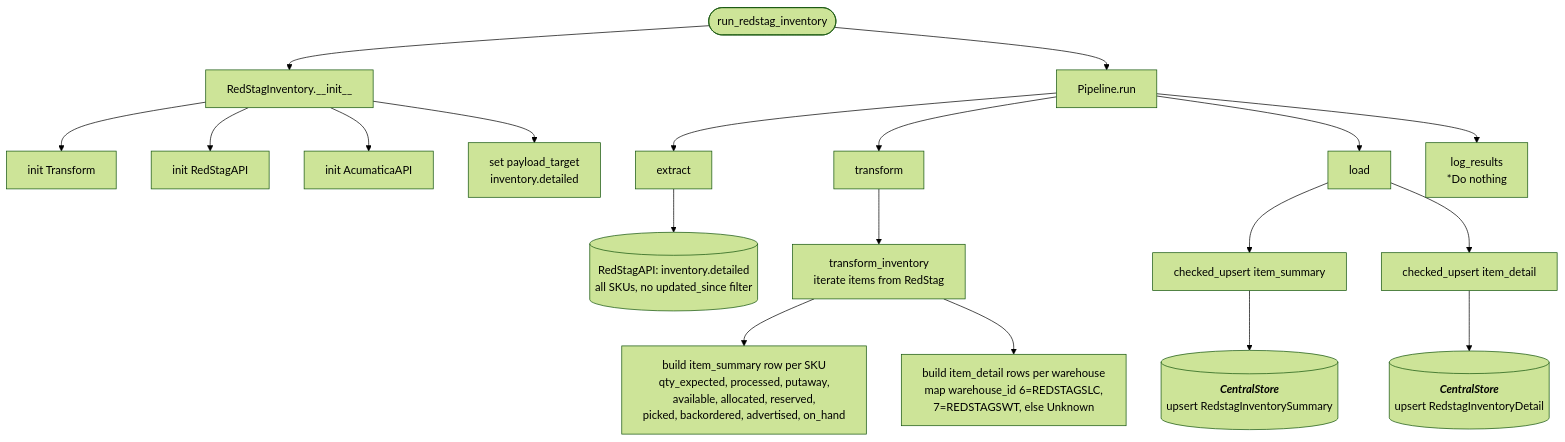
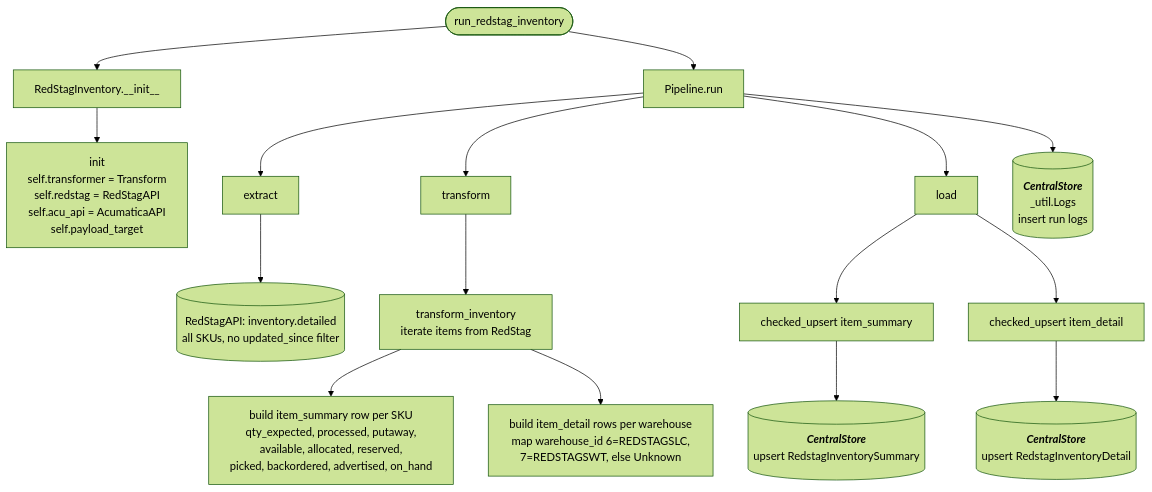
The diagram in docs/pipelines/redstag_inventory.md (journeyhl/integration-platform), drawn with Mermaid (forest theme) before and after one commit. The commit also changed 25 other files, not shown here.

````diff
--- a/docs/pipelines/redstag_inventory.md
+++ b/docs/pipelines/redstag_inventory.md
@@ -1,32 +1,37 @@
 ```mermaid
 %%{init: {"flowchart": {"wrappingWidth": 400}}}%%
 flowchart TD
     A([run_redstag_inventory]) --> B[RedStagInventory.__init__]
-    B --> B1[init Transform]
-    B --> B2[init RedStagAPI]
-    B --> B3[init AcumaticaAPI]
-    B --> B4[set payload_target<br/>inventory.detailed]
+    B --> B1[init
+        self.transformer = Transform
+        self.redstag = RedStagAPI
+        self.acu_api = AcumaticaAPI
+        self.payload_target
+    ]
     A --> RUN[Pipeline.run]
 
     RUN --> EX[extract]
     EX --> RS1[(RedStagAPI: inventory.detailed<br/>all SKUs, no updated_since filter)]
 
     RUN --> TR[transform]
     TR --> TR1[transform_inventory<br/>iterate items from RedStag]
     TR1 --> TR2[build item_summary row per SKU<br/>qty_expected, processed, putaway,<br/>available, allocated, reserved,<br/>picked, backordered, advertised, on_hand]
     TR1 --> TR3[build item_detail rows per warehouse<br/>map warehouse_id 6=REDSTAGSLC,<br/>7=REDSTAGSWT, else Unknown]
 
     RUN --> LD[load]
     LD --> LD1[checked_upsert item_summary]
     LD1 --> CS1[(
         <b><i>CentralStore</i></b>
         upsert RedstagInventorySummary
     )]
     LD --> LD2[checked_upsert item_detail]
     LD2 --> CS2[(
         <b><i>CentralStore</i></b>
         upsert RedstagInventoryDetail
     )]
 
-    RUN --> LR[log_results<br/>*Do nothing]
+    RUN --> LOGS[(
+        <b><i>CentralStore</i></b>
+        _util.Logs<br/>insert run logs
+    )]
 ```
````
